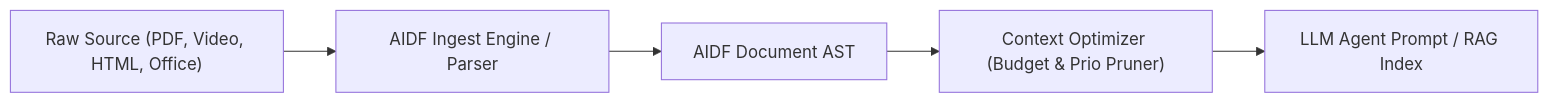
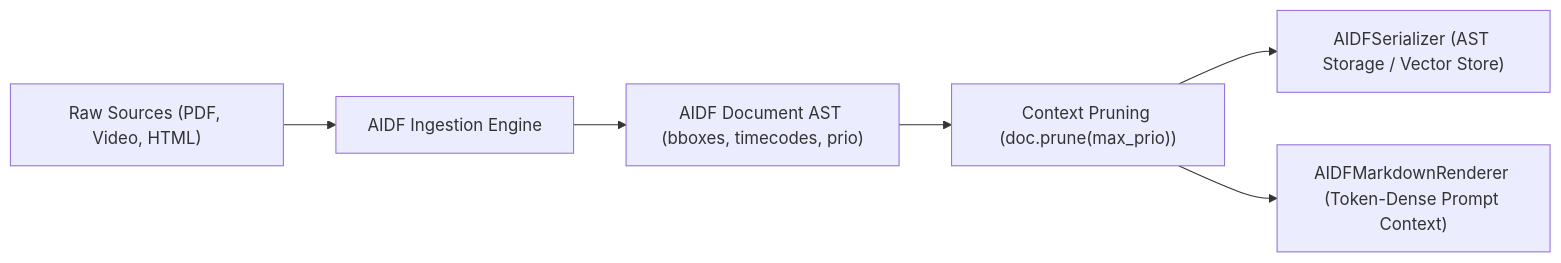
The diagram in SPECIFICATION.md (MasterZeR0/aidf), drawn with Mermaid before and after one commit. The commit also changed other lines of this file and 9 other files, not shown here.

First line of the commit message:
feat(arch,renderer): implement AIDFMarkdownRenderer, table json rows, and streaming parser fixes

````diff
--- a/SPECIFICATION.md
+++ b/SPECIFICATION.md
@@ -127,7 +132,8 @@
 ```mermaid
 flowchart LR
-    A["Raw Source (PDF, Video, HTML, Office)"] --> B["AIDF Ingest Engine / Parser"]
-    B --> C["AIDF Document AST"]
-    C --> D["Context Optimizer (Budget & Prio Pruner)"]
-    D --> E["LLM Agent Prompt / RAG Index"]
+    A["Raw Sources (PDF, Video, HTML)"] --> B["AIDF Ingestion Engine"]
+    B --> C["AIDF Document AST (bboxes, timecodes, prio)"]
+    C --> D["Context Pruning (doc.prune(max_prio))"]
+    D --> E1["AIDFSerializer (AST Storage / Vector Store)"]
+    D --> E2["AIDFMarkdownRenderer (Token-Dense Prompt Context)"]
 ```
````
